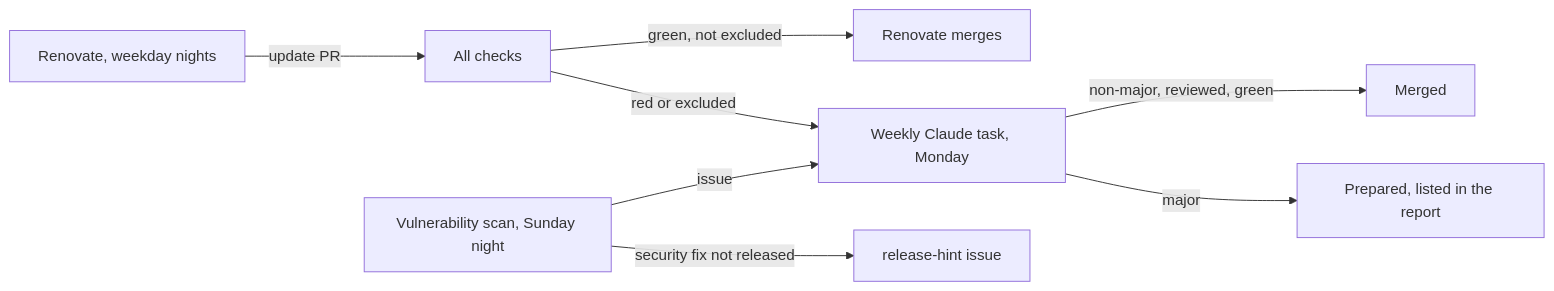
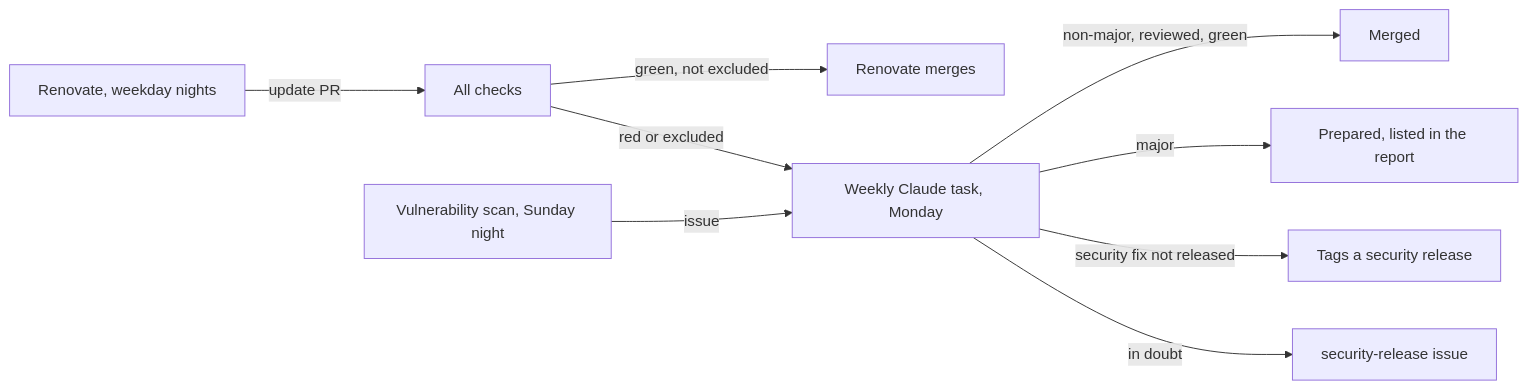
The diagram in docs/maintenance.md (swallat/kaltstellen), drawn with Mermaid before and after one commit. The commit also changed other lines of this file and 6 other files, not shown here.

````diff
--- a/docs/maintenance.md
+++ b/docs/maintenance.md
@@ -7,10 +7,11 @@
 ```mermaid
 flowchart LR
     R[Renovate, weekday nights] -->|update PR| CI[All checks]
     CI -->|green, not excluded| M[Renovate merges]
     CI -->|red or excluded| W[Weekly Claude task, Monday]
     S[Vulnerability scan, Sunday night] -->|issue| W
     W -->|non-major, reviewed, green| M2[Merged]
     W -->|major| P[Prepared, listed in the report]
-    S -->|security fix not released| H[release-hint issue]
+    W -->|security fix not released| T[Tags a security release]
+    W -->|in doubt| I[security-release issue]
 ```
````
